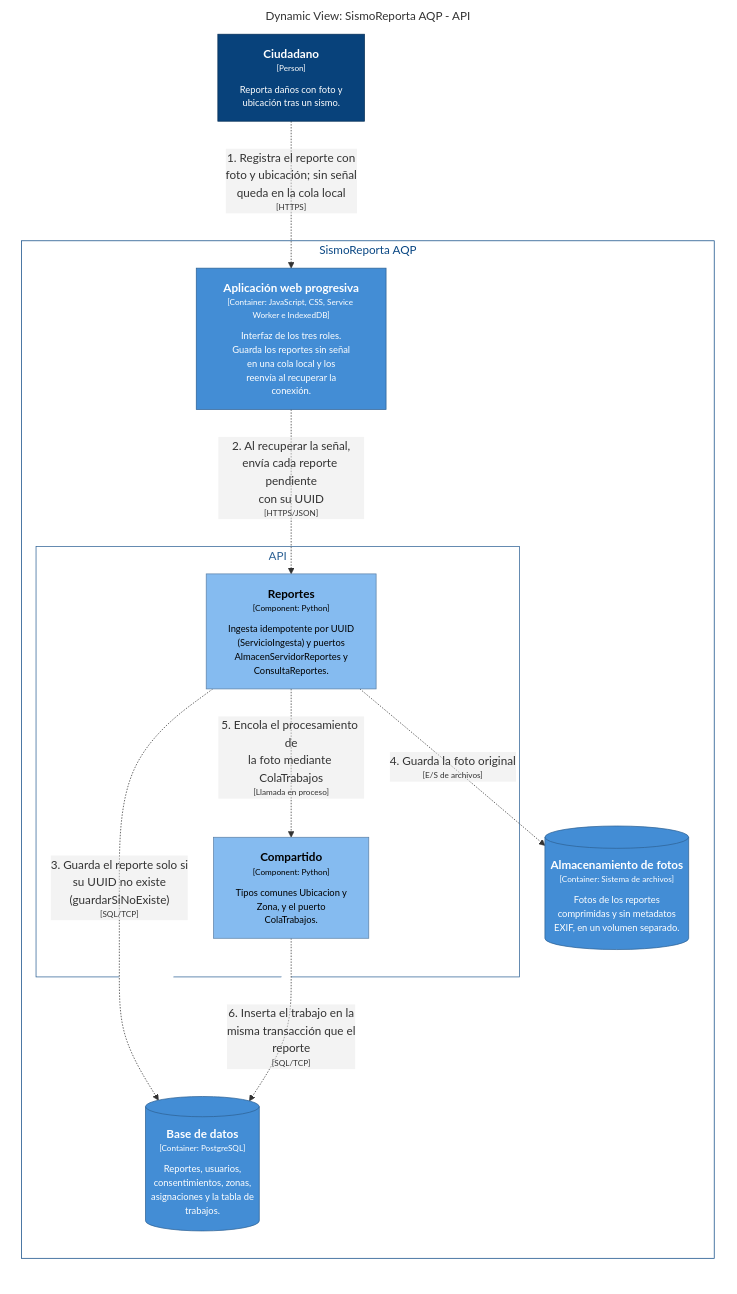
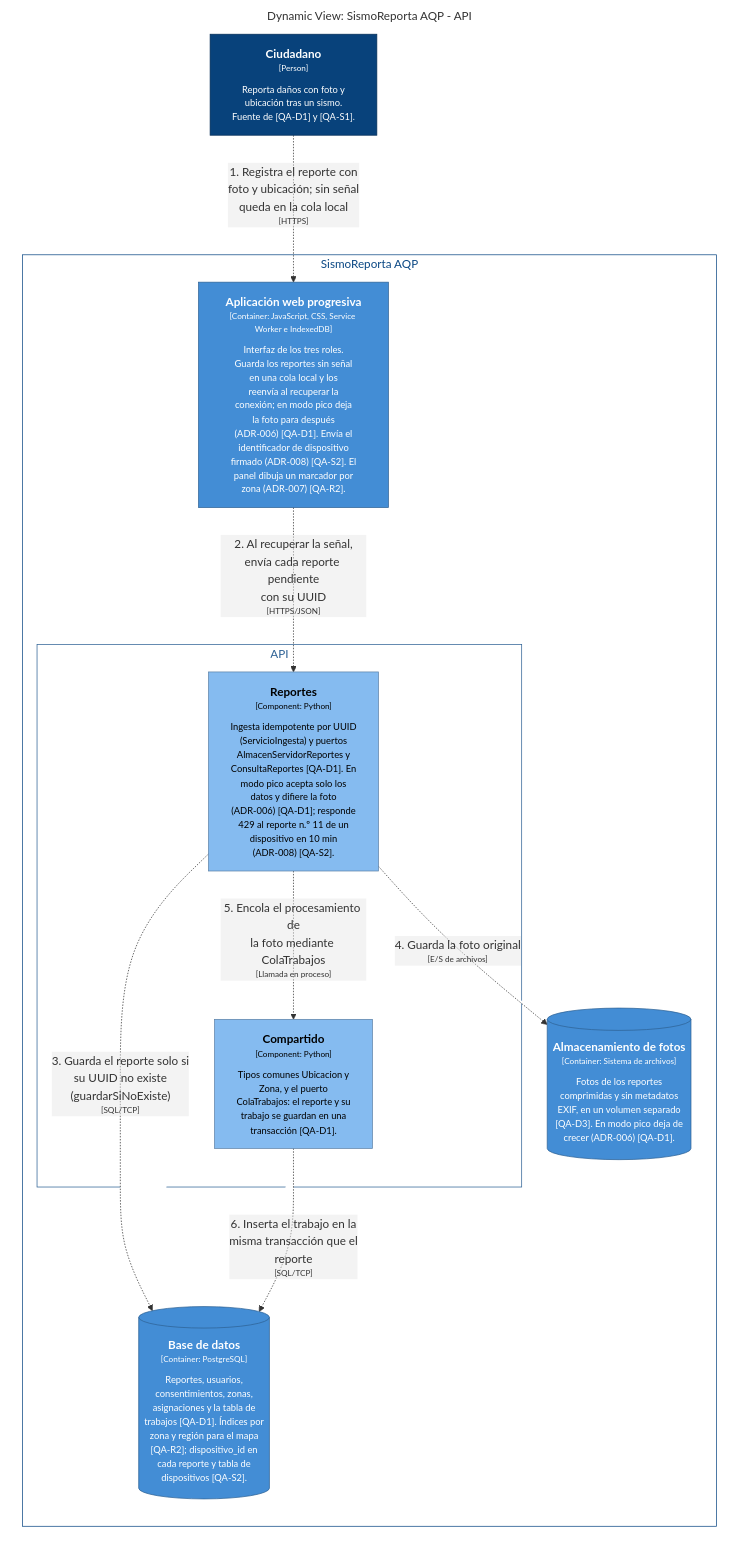
Before and after one commit to DavidOliva06/cs-2026b-lab04-grupo06: the diagram in docs/architecture/c4/export/structurizr-SincronizarReporte.mmd, drawn with Mermaid. The commit also changed 39 other files, not shown here.

```diff
--- a/docs/architecture/c4/export/structurizr-SincronizarReporte.mmd
+++ b/docs/architecture/c4/export/structurizr-SincronizarReporte.mmd
@@ -1,46 +1,46 @@
 graph LR
   linkStyle default fill:#ffffff
 
   subgraph diagram ["Dynamic View: SismoReporta AQP - API"]
     style diagram fill:#ffffff,stroke:#ffffff
 
-    1["<div style='font-weight: bold'>Ciudadano</div><div style='font-size: 70%; margin-top: 0px'>[Person]</div><div style='font-size: 80%; margin-top:10px'>Reporta daños con foto y<br />ubicación tras un sismo.</div>"]
+    1["<div style='font-weight: bold'>Ciudadano</div><div style='font-size: 70%; margin-top: 0px'>[Person]</div><div style='font-size: 80%; margin-top:10px'>Reporta daños con foto y<br />ubicación tras un sismo.<br />Fuente de [QA-D1] y [QA-S1].</div>"]
     style 1 fill:#08427b,stroke:#052e56,color:#ffffff
 
     subgraph 4 ["SismoReporta AQP"]
       style 4 fill:#ffffff,stroke:#0b4884,color:#0b4884
 
       subgraph 6 ["API"]
         style 6 fill:#ffffff,stroke:#2e6295,color:#2e6295
 
-        7["<div style='font-weight: bold'>Compartido</div><div style='font-size: 70%; margin-top: 0px'>[Component: Python]</div><div style='font-size: 80%; margin-top:10px'>Tipos comunes Ubicacion y<br />Zona, y el puerto<br />ColaTrabajos.</div>"]
+        7["<div style='font-weight: bold'>Compartido</div><div style='font-size: 70%; margin-top: 0px'>[Component: Python]</div><div style='font-size: 80%; margin-top:10px'>Tipos comunes Ubicacion y<br />Zona, y el puerto<br />ColaTrabajos: el reporte y su<br />trabajo se guardan en una<br />transacción [QA-D1].</div>"]
         style 7 fill:#85bbf0,stroke:#5d82a8,color:#000000
-        8["<div style='font-weight: bold'>Reportes</div><div style='font-size: 70%; margin-top: 0px'>[Component: Python]</div><div style='font-size: 80%; margin-top:10px'>Ingesta idempotente por UUID<br />(ServicioIngesta) y puertos<br />AlmacenServidorReportes y<br />ConsultaReportes.</div>"]
+        8["<div style='font-weight: bold'>Reportes</div><div style='font-size: 70%; margin-top: 0px'>[Component: Python]</div><div style='font-size: 80%; margin-top:10px'>Ingesta idempotente por UUID<br />(ServicioIngesta) y puertos<br />AlmacenServidorReportes y<br />ConsultaReportes [QA-D1]. En<br />modo pico acepta solo los<br />datos y difiere la foto<br />(ADR-006) [QA-D1]; responde<br />429 al reporte n.º 11 de un<br />dispositivo en 10 min<br />(ADR-008) [QA-S2].</div>"]
         style 8 fill:#85bbf0,stroke:#5d82a8,color:#000000
       end
 
-      13[("<div style='font-weight: bold'>Base de datos</div><div style='font-size: 70%; margin-top: 0px'>[Container: PostgreSQL]</div><div style='font-size: 80%; margin-top:10px'>Reportes, usuarios,<br />consentimientos, zonas,<br />asignaciones y la tabla de<br />trabajos.</div>")]
-      style 13 fill:#438dd5,stroke:#2e6295,color:#ffffff
-      14[("<div style='font-weight: bold'>Almacenamiento de fotos</div><div style='font-size: 70%; margin-top: 0px'>[Container: Sistema de archivos]</div><div style='font-size: 80%; margin-top:10px'>Fotos de los reportes<br />comprimidas y sin metadatos<br />EXIF, en un volumen separado.</div>")]
+      14[("<div style='font-weight: bold'>Base de datos</div><div style='font-size: 70%; margin-top: 0px'>[Container: PostgreSQL]</div><div style='font-size: 80%; margin-top:10px'>Reportes, usuarios,<br />consentimientos, zonas,<br />asignaciones y la tabla de<br />trabajos [QA-D1]. Índices por<br />zona y región para el mapa<br />[QA-R2]; dispositivo_id en<br />cada reporte y tabla de<br />dispositivos [QA-S2].</div>")]
       style 14 fill:#438dd5,stroke:#2e6295,color:#ffffff
-      5["<div style='font-weight: bold'>Aplicación web progresiva</div><div style='font-size: 70%; margin-top: 0px'>[Container: JavaScript, CSS, Service Worker e IndexedDB]</div><div style='font-size: 80%; margin-top:10px'>Interfaz de los tres roles.<br />Guarda los reportes sin señal<br />en una cola local y los<br />reenvía al recuperar la<br />conexión.</div>"]
+      15[("<div style='font-weight: bold'>Almacenamiento de fotos</div><div style='font-size: 70%; margin-top: 0px'>[Container: Sistema de archivos]</div><div style='font-size: 80%; margin-top:10px'>Fotos de los reportes<br />comprimidas y sin metadatos<br />EXIF, en un volumen separado<br />[QA-D3]. En modo pico deja de<br />crecer (ADR-006) [QA-D1].</div>")]
+      style 15 fill:#438dd5,stroke:#2e6295,color:#ffffff
+      5["<div style='font-weight: bold'>Aplicación web progresiva</div><div style='font-size: 70%; margin-top: 0px'>[Container: JavaScript, CSS, Service Worker e IndexedDB]</div><div style='font-size: 80%; margin-top:10px'>Interfaz de los tres roles.<br />Guarda los reportes sin señal<br />en una cola local y los<br />reenvía al recuperar la<br />conexión; en modo pico deja<br />la foto para después<br />(ADR-006) [QA-D1]. Envía el<br />identificador de dispositivo<br />firmado (ADR-008) [QA-S2]. El<br />panel dibuja un marcador por<br />zona (ADR-007) [QA-R2].</div>"]
       style 5 fill:#438dd5,stroke:#2e6295,color:#ffffff
     end
 
-    1["<div style='font-weight: bold'>Ciudadano</div><div style='font-size: 70%; margin-top: 0px'>[Person]</div><div style='font-size: 80%; margin-top:10px'>Reporta daños con foto y<br />ubicación tras un sismo.</div>"]
+    1["<div style='font-weight: bold'>Ciudadano</div><div style='font-size: 70%; margin-top: 0px'>[Person]</div><div style='font-size: 80%; margin-top:10px'>Reporta daños con foto y<br />ubicación tras un sismo.<br />Fuente de [QA-D1] y [QA-S1].</div>"]
     style 1 fill:#08427b,stroke:#052e56,color:#ffffff
-    5["<div style='font-weight: bold'>Aplicación web progresiva</div><div style='font-size: 70%; margin-top: 0px'>[Container: JavaScript, CSS, Service Worker e IndexedDB]</div><div style='font-size: 80%; margin-top:10px'>Interfaz de los tres roles.<br />Guarda los reportes sin señal<br />en una cola local y los<br />reenvía al recuperar la<br />conexión.</div>"]
+    5["<div style='font-weight: bold'>Aplicación web progresiva</div><div style='font-size: 70%; margin-top: 0px'>[Container: JavaScript, CSS, Service Worker e IndexedDB]</div><div style='font-size: 80%; margin-top:10px'>Interfaz de los tres roles.<br />Guarda los reportes sin señal<br />en una cola local y los<br />reenvía al recuperar la<br />conexión; en modo pico deja<br />la foto para después<br />(ADR-006) [QA-D1]. Envía el<br />identificador de dispositivo<br />firmado (ADR-008) [QA-S2]. El<br />panel dibuja un marcador por<br />zona (ADR-007) [QA-R2].</div>"]
     style 5 fill:#438dd5,stroke:#2e6295,color:#ffffff
-    13[("<div style='font-weight: bold'>Base de datos</div><div style='font-size: 70%; margin-top: 0px'>[Container: PostgreSQL]</div><div style='font-size: 80%; margin-top:10px'>Reportes, usuarios,<br />consentimientos, zonas,<br />asignaciones y la tabla de<br />trabajos.</div>")]
-    style 13 fill:#438dd5,stroke:#2e6295,color:#ffffff
-    14[("<div style='font-weight: bold'>Almacenamiento de fotos</div><div style='font-size: 70%; margin-top: 0px'>[Container: Sistema de archivos]</div><div style='font-size: 80%; margin-top:10px'>Fotos de los reportes<br />comprimidas y sin metadatos<br />EXIF, en un volumen separado.</div>")]
+    14[("<div style='font-weight: bold'>Base de datos</div><div style='font-size: 70%; margin-top: 0px'>[Container: PostgreSQL]</div><div style='font-size: 80%; margin-top:10px'>Reportes, usuarios,<br />consentimientos, zonas,<br />asignaciones y la tabla de<br />trabajos [QA-D1]. Índices por<br />zona y región para el mapa<br />[QA-R2]; dispositivo_id en<br />cada reporte y tabla de<br />dispositivos [QA-S2].</div>")]
     style 14 fill:#438dd5,stroke:#2e6295,color:#ffffff
+    15[("<div style='font-weight: bold'>Almacenamiento de fotos</div><div style='font-size: 70%; margin-top: 0px'>[Container: Sistema de archivos]</div><div style='font-size: 80%; margin-top:10px'>Fotos de los reportes<br />comprimidas y sin metadatos<br />EXIF, en un volumen separado<br />[QA-D3]. En modo pico deja de<br />crecer (ADR-006) [QA-D1].</div>")]
+    style 15 fill:#438dd5,stroke:#2e6295,color:#ffffff
 
     1-. "<div>1. Registra el reporte con<br />foto y ubicación; sin señal<br />queda en la cola local</div><div style='font-size: 70%'>[HTTPS]</div>" .->5
     5-. "<div>2. Al recuperar la señal,<br />envía cada reporte pendiente<br />con su UUID</div><div style='font-size: 70%'>[HTTPS/JSON]</div>" .->8
-    8-. "<div>3. Guarda el reporte solo si<br />su UUID no existe<br />(guardarSiNoExiste)</div><div style='font-size: 70%'>[SQL/TCP]</div>" .->13
-    8-. "<div>4. Guarda la foto original</div><div style='font-size: 70%'>[E/S de archivos]</div>" .->14
+    8-. "<div>3. Guarda el reporte solo si<br />su UUID no existe<br />(guardarSiNoExiste)</div><div style='font-size: 70%'>[SQL/TCP]</div>" .->14
+    8-. "<div>4. Guarda la foto original</div><div style='font-size: 70%'>[E/S de archivos]</div>" .->15
     8-. "<div>5. Encola el procesamiento de<br />la foto mediante ColaTrabajos</div><div style='font-size: 70%'>[Llamada en proceso]</div>" .->7
-    7-. "<div>6. Inserta el trabajo en la<br />misma transacción que el<br />reporte</div><div style='font-size: 70%'>[SQL/TCP]</div>" .->13
+    7-. "<div>6. Inserta el trabajo en la<br />misma transacción que el<br />reporte</div><div style='font-size: 70%'>[SQL/TCP]</div>" .->14
 
   end
```
